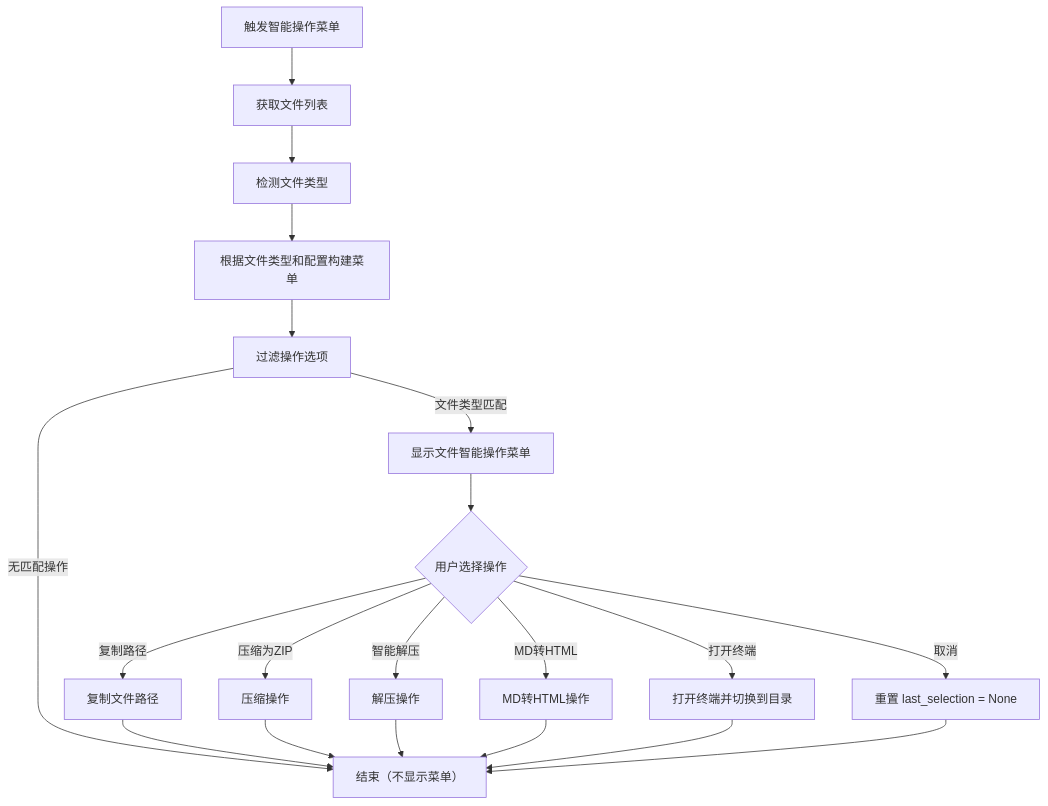
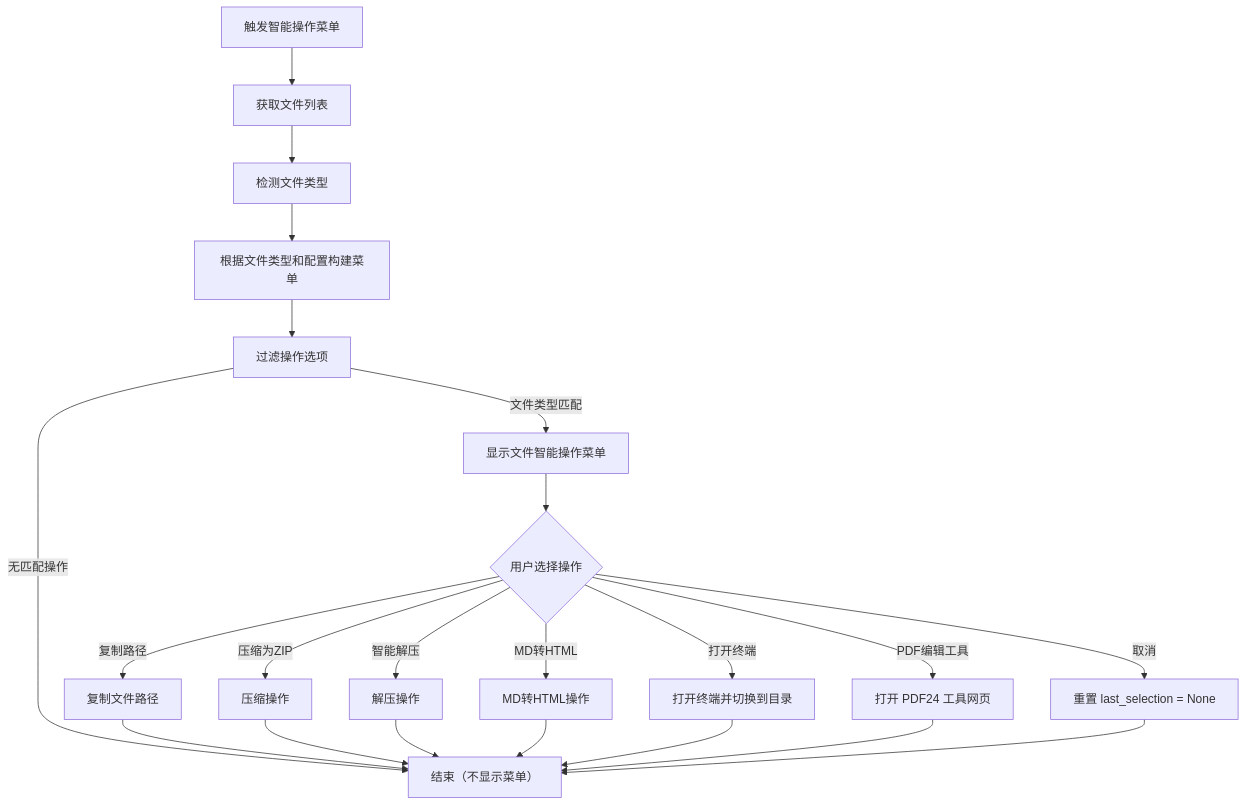
One commit to zhangs-cedar/mac-commondX changed the fifth of 7 diagrams in 流程图.md. Above: the diagram before and after it, drawn with Mermaid. The commit also changed other lines of this file and 2 other files, not shown here.

Commit message:
feat: 添加 PDF 编辑工具功能，支持在应用中打开 PDF24 工具网页进行 PDF 文件编辑

````diff
--- a/流程图.md
+++ b/流程图.md
@@ -102,25 +102,27 @@
 ```mermaid
 flowchart TD
     StartNode["触发智能操作菜单"] --> GetFiles["获取文件列表"]
     GetFiles --> DetectTypes["检测文件类型"]
     DetectTypes --> BuildMenu["根据文件类型和配置构建菜单"]
     BuildMenu --> FilterOps["过滤操作选项"]
     FilterOps -->|"文件类型匹配"| ShowMenu["显示文件智能操作菜单"]
     FilterOps -->|"无匹配操作"| EndNode["结束（不显示菜单）"]
     
     ShowMenu --> UserChoice{"用户选择操作"}
     
     UserChoice -->|"复制路径"| CopyPaths["复制文件路径"]
     UserChoice -->|"压缩为ZIP"| Compress["压缩操作"]
     UserChoice -->|"智能解压"| Decompress["解压操作"]
     UserChoice -->|"MD转HTML"| MdToHtml["MD转HTML操作"]
     UserChoice -->|"打开终端"| OpenTerminal["打开终端并切换到目录"]
+    UserChoice -->|"PDF编辑工具"| PdfEditor["打开 PDF24 工具网页"]
     UserChoice -->|"取消"| ResetLastSelection["重置 last_selection = None"]
     
     CopyPaths --> EndNode
     Compress --> EndNode
     Decompress --> EndNode
     MdToHtml --> EndNode
     OpenTerminal --> EndNode
+    PdfEditor --> EndNode
     ResetLastSelection --> EndNode
 ```
````
